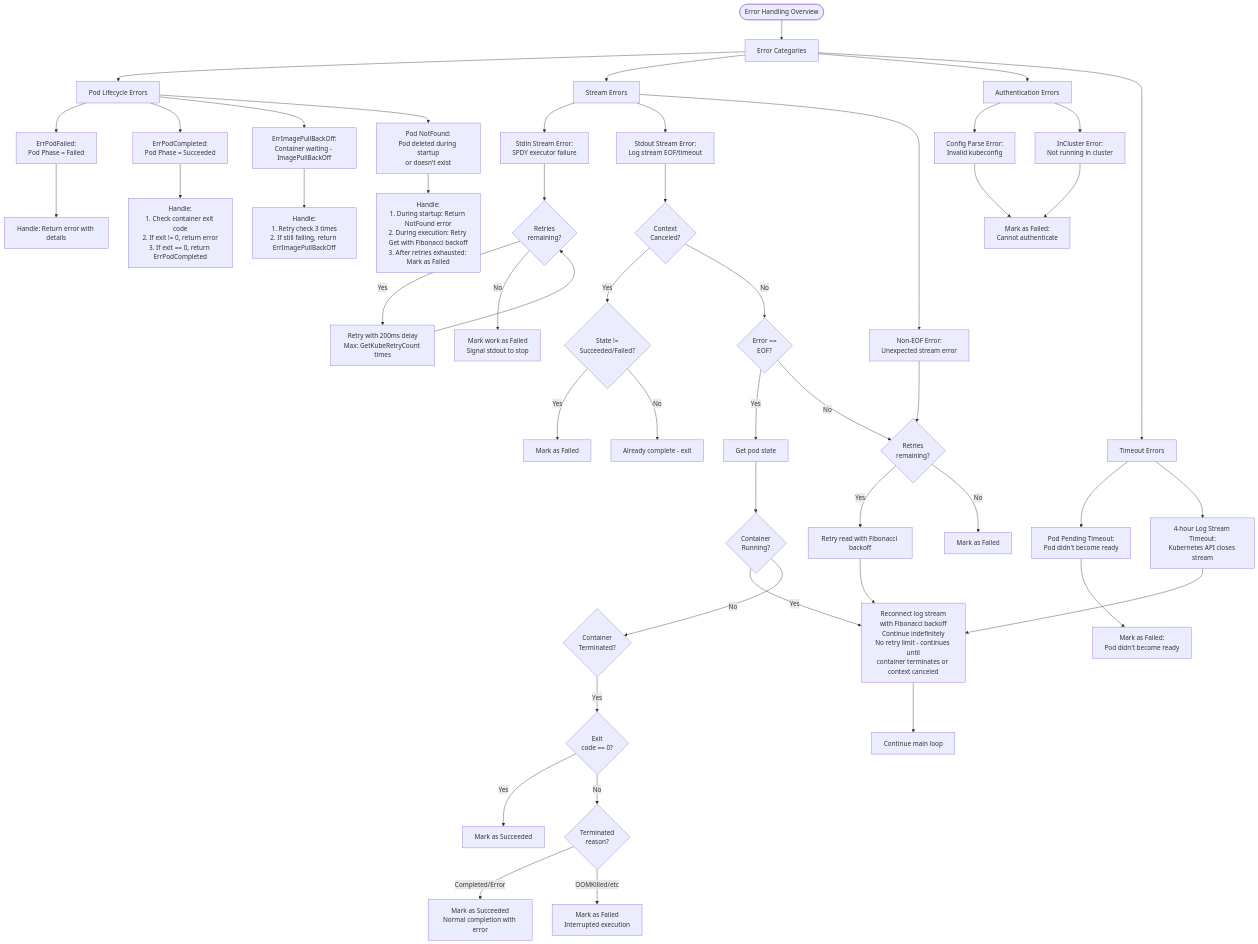
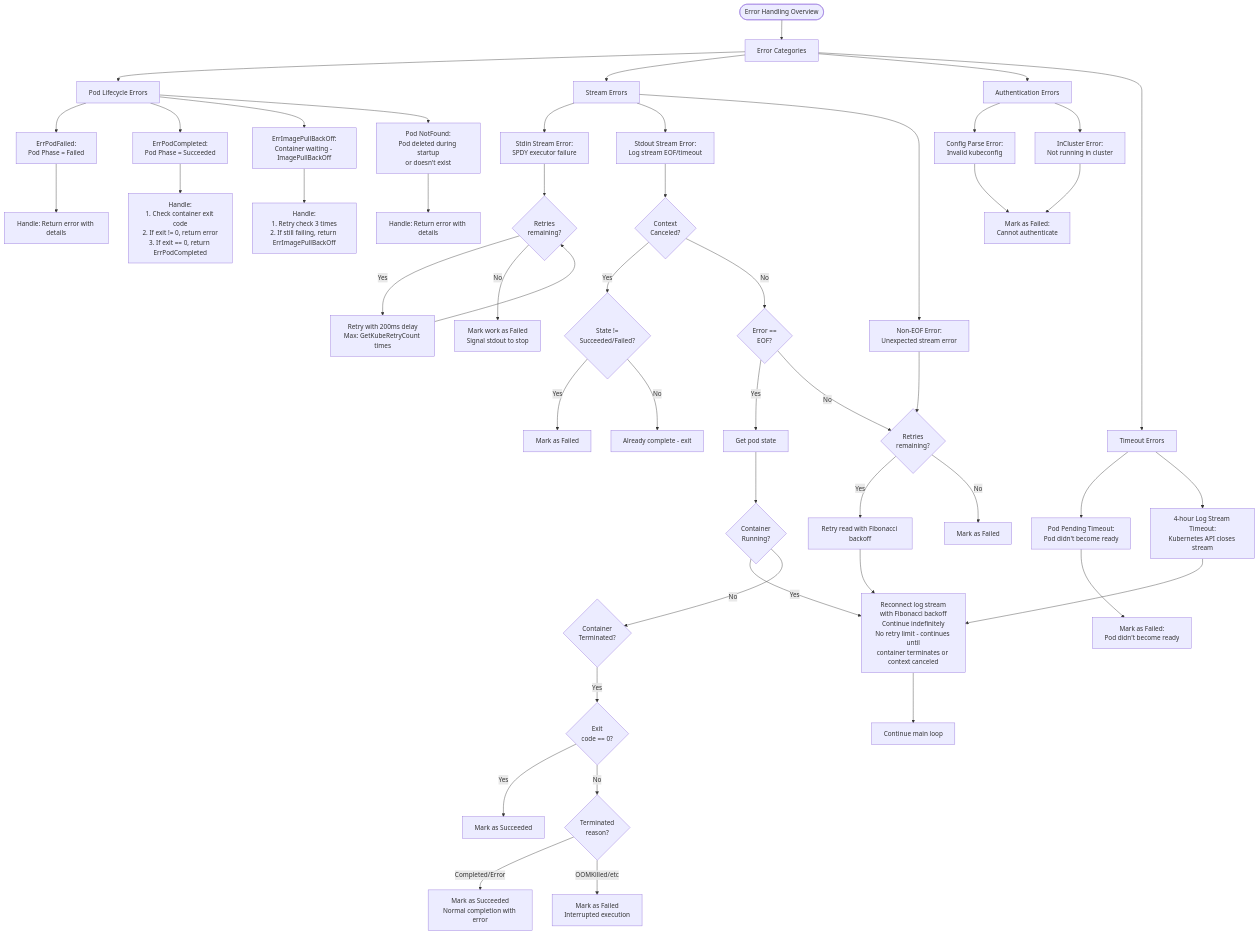
One commit to ansible/receptor changed the seventh of 7 diagrams in docs/diagrams/kubernetes_workflow.md. Above: the diagram before and after it, drawn with Mermaid.

Commit message:
Update from review suggestion

````diff
--- a/docs/diagrams/kubernetes_workflow.md
+++ b/docs/diagrams/kubernetes_workflow.md
@@ -683,69 +683,69 @@
 ```mermaid
 flowchart TD
     Start([Error Handling Overview]) --> ErrorTypes[Error Categories]
     
     ErrorTypes --> PodErrors[Pod Lifecycle Errors]
     ErrorTypes --> StreamErrors[Stream Errors]
     ErrorTypes --> AuthErrors[Authentication Errors]
     ErrorTypes --> TimeoutErrors[Timeout Errors]
     
     PodErrors --> PodFailed[ErrPodFailed:<br/>Pod Phase = Failed]
     PodErrors --> PodCompleted[ErrPodCompleted:<br/>Pod Phase = Succeeded]
     PodErrors --> ImagePullBack[ErrImagePullBackOff:<br/>Container waiting - ImagePullBackOff]
     PodErrors --> NotFound[Pod NotFound:<br/>Pod deleted during startup<br/>or doesn't exist]
 
     StreamErrors --> StdinError[Stdin Stream Error:<br/>SPDY executor failure]
     StreamErrors --> StdoutError[Stdout Stream Error:<br/>Log stream EOF/timeout]
     StreamErrors --> NonEOFError[Non-EOF Error:<br/>Unexpected stream error]
 
     AuthErrors --> ConfigError[Config Parse Error:<br/>Invalid kubeconfig]
     AuthErrors --> ClusterError[InCluster Error:<br/>Not running in cluster]
 
     TimeoutErrors --> PodPendingTimeout[Pod Pending Timeout:<br/>Pod didn't become ready]
     TimeoutErrors --> LogStreamTimeout[4-hour Log Stream Timeout:<br/>Kubernetes API closes stream]
 
     PodFailed --> HandlePodFailed[Handle: Return error with details]
 
     PodCompleted --> HandlePodCompleted[Handle:<br/>1. Check container exit code<br/>2. If exit != 0, return error<br/>3. If exit == 0, return ErrPodCompleted]
 
     ImagePullBack --> HandleImagePull[Handle:<br/>1. Retry check 3 times<br/>2. If still failing, return ErrImagePullBackOff]
 
-    NotFound --> HandleNotFound[Handle:<br/>1. During startup: Return NotFound error<br/>2. During execution: Retry Get with Fibonacci backoff<br/>3. After retries exhausted: Mark as Failed]
+    NotFound --> HandleNotFound[Handle: Return error with details]
     
     StdinError --> RetryStdin{Retries<br/>remaining?}
     RetryStdin -->|Yes| RetryStdinAction[Retry with 200ms delay<br/>Max: GetKubeRetryCount times]
     RetryStdinAction --> RetryStdin
     RetryStdin -->|No| FailStdin[Mark work as Failed<br/>Signal stdout to stop]
     
     StdoutError --> CheckContext{Context<br/>Canceled?}
     CheckContext -->|Yes| CheckState{State !=<br/>Succeeded/Failed?}
     CheckState -->|Yes| FailContext[Mark as Failed]
     CheckState -->|No| ExitContext[Already complete - exit]
     
     CheckContext -->|No| CheckEOF{Error ==<br/>EOF?}
     CheckEOF -->|Yes| CheckPodState[Get pod state]
     CheckPodState --> PodRunning{Container<br/>Running?}
     PodRunning -->|Yes| ReconnectLogs[Reconnect log stream<br/>with Fibonacci backoff<br/>Continue indefinitely<br/>No retry limit - continues until<br/>container terminates or context canceled]
     
     PodRunning -->|No| PodTerminated{Container<br/>Terminated?}
     PodTerminated -->|Yes| CheckExit{Exit<br/>code == 0?}
     CheckExit -->|Yes| Success[Mark as Succeeded]
     CheckExit -->|No| CheckReason{Terminated<br/>reason?}
     CheckReason -->|Completed/Error| SuccessNormal[Mark as Succeeded<br/>Normal completion with error]
     CheckReason -->|OOMKilled/etc| FailInterrupted[Mark as Failed<br/>Interrupted execution]
     
     CheckEOF -->|No| RetryNonEOF{Retries<br/>remaining?}
     RetryNonEOF -->|Yes| RetryLogRead[Retry read with Fibonacci backoff]
     RetryLogRead --> ReconnectLogs
     RetryNonEOF -->|No| FailNonEOF[Mark as Failed]
     
     NonEOFError --> RetryNonEOF
     
     ConfigError --> FailAuth[Mark as Failed:<br/>Cannot authenticate]
     ClusterError --> FailAuth
     
     PodPendingTimeout --> FailTimeout[Mark as Failed:<br/>Pod didn't become ready]
     LogStreamTimeout --> ReconnectLogs
     
     ReconnectLogs --> MainLoop[Continue main loop]
 ```
````
